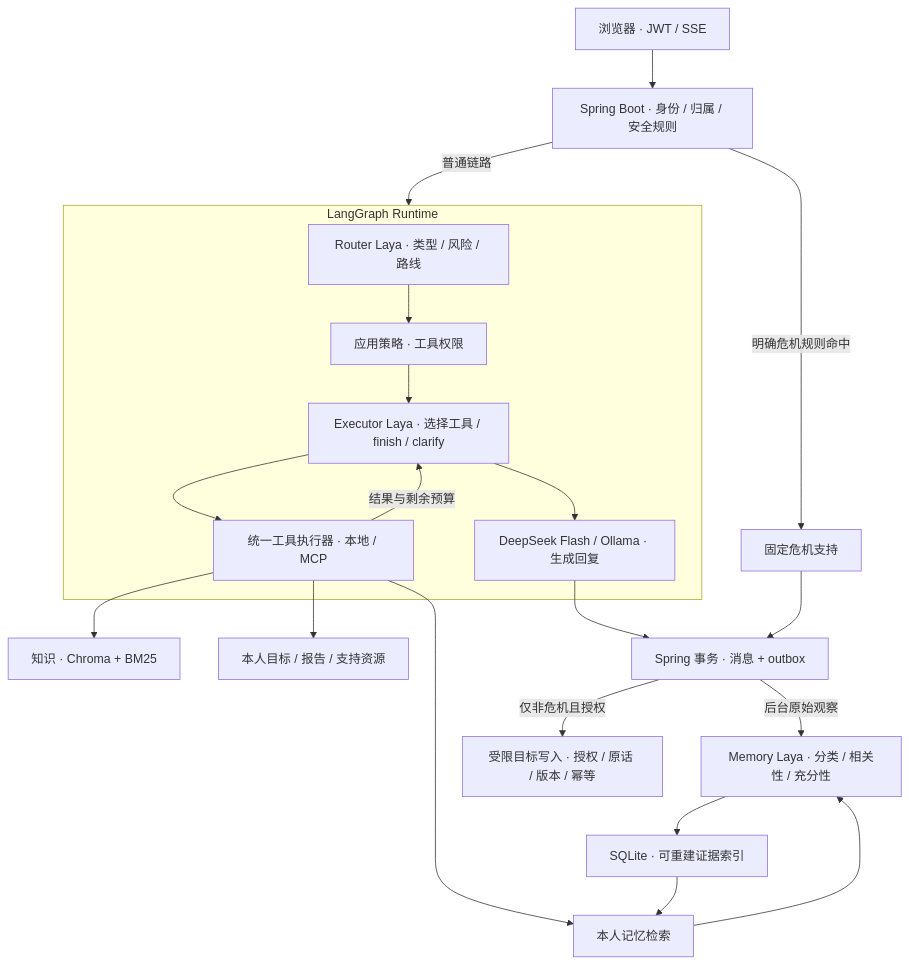
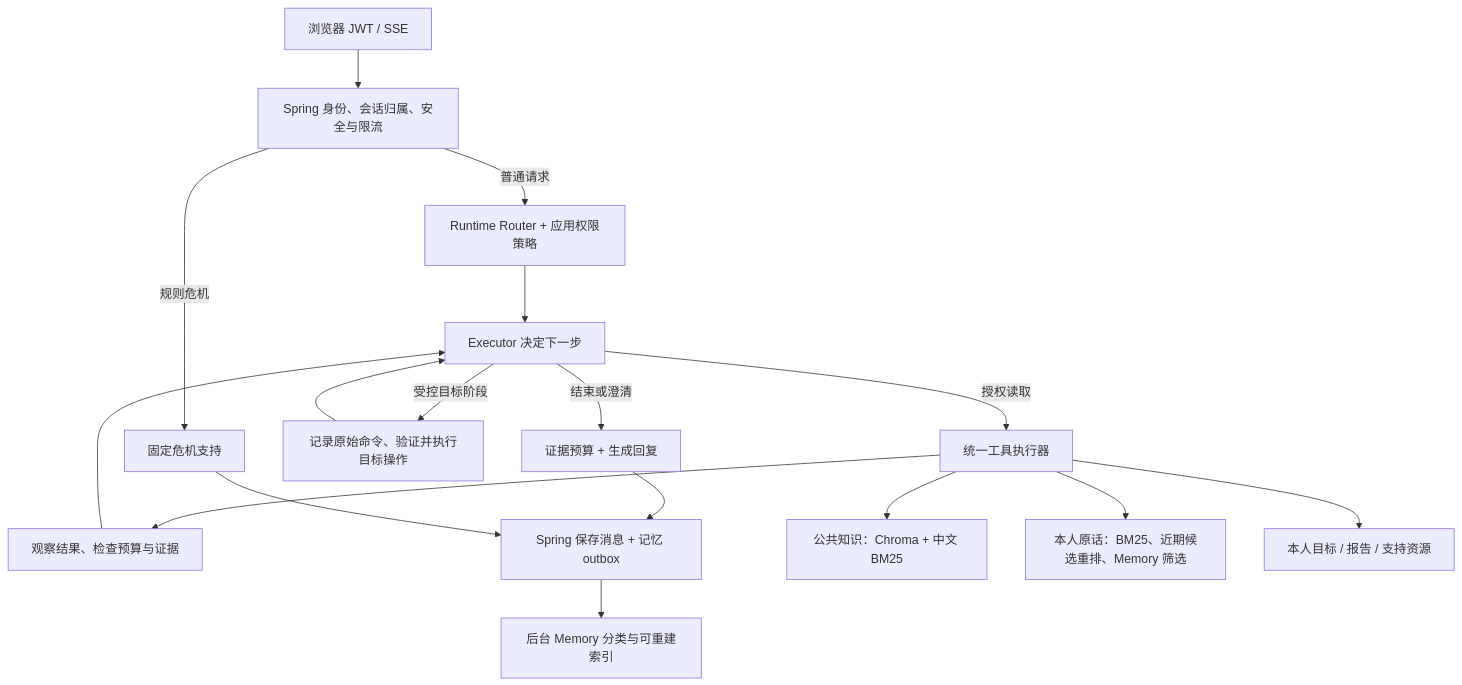
The diagram in README.md (Vaniloo/psych-agent-engineering), drawn with Mermaid before and after one commit. The commit also changed other lines of this file and 202 other files, not shown here.

````diff
--- a/README.md
+++ b/README.md
@@ -20,25 +24,19 @@
 ```mermaid
 flowchart TD
-    UI[浏览器 · JWT / SSE] --> JAVA[Spring Boot · 身份 / 归属 / 安全规则]
-    JAVA -->|普通链路| GRAPH
-    JAVA -->|明确危机规则命中| CRISIS[固定危机支持]
-
-    subgraph GRAPH[LangGraph Runtime]
-        ROUTER[Router Laya · 类型 / 风险 / 路线] --> POLICY[应用策略 · 工具权限]
-        POLICY --> EXECUTOR[Executor Laya · 选择工具 / finish / clarify]
-        EXECUTOR --> TOOLS[统一工具执行器 · 本地 / MCP]
-        TOOLS -->|结果与剩余预算| EXECUTOR
-        EXECUTOR --> RESPONSE[DeepSeek Flash / Ollama · 生成回复]
-    end
-
-    TOOLS --> RAG[知识 · Chroma + BM25]
-    TOOLS --> BUSINESS[本人目标 / 报告 / 支持资源]
-    TOOLS --> RECALL[本人记忆检索]
-    RECALL --> MEMORY[Memory Laya · 分类 / 相关性 / 充分性]
-    RESPONSE --> SAVE[Spring 事务 · 消息 + outbox]
-    CRISIS --> SAVE
-    SAVE -->|仅非危机且授权| WRITES[受限目标写入 · 授权 / 原话 / 版本 / 幂等]
-    SAVE -->|后台原始观察| MEMORY
-    MEMORY --> INDEX[SQLite · 可重建证据索引]
-    INDEX --> RECALL
+    UI[浏览器 JWT / SSE] --> J[Spring 身份、会话归属、安全与限流]
+    J -->|普通请求| R[Runtime Router + 应用权限策略]
+    J -->|规则危机| C[固定危机支持]
+    R --> D[Executor 决定下一步]
+    D -->|授权读取| T[统一工具执行器]
+    T --> O[观察结果、检查预算与证据]
+    O --> D
+    D -->|受控目标阶段| W[记录原始命令、验证并执行目标操作]
+    W --> D
+    D -->|结束或澄清| A[证据预算 + 生成回复]
+    A --> S[Spring 保存消息 + 记忆 outbox]
+    C --> S
+    S --> M[后台 Memory 分类与可重建索引]
+    T --> KB[公共知识：Chroma + 中文 BM25]
+    T --> MEM[本人原话：BM25、近期候选重排、Memory 筛选]
+    T --> B[本人目标 / 报告 / 支持资源]
 ```
````
